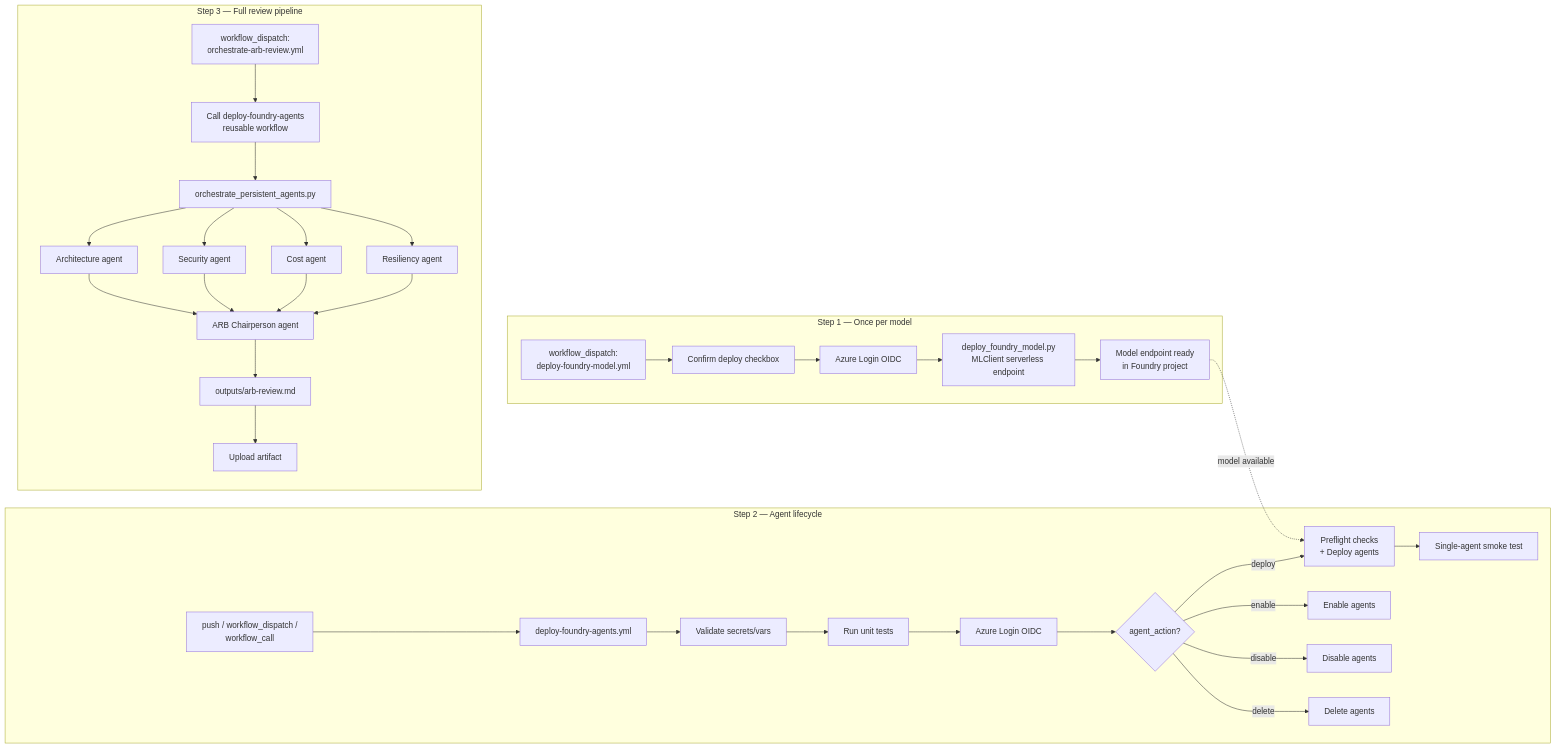
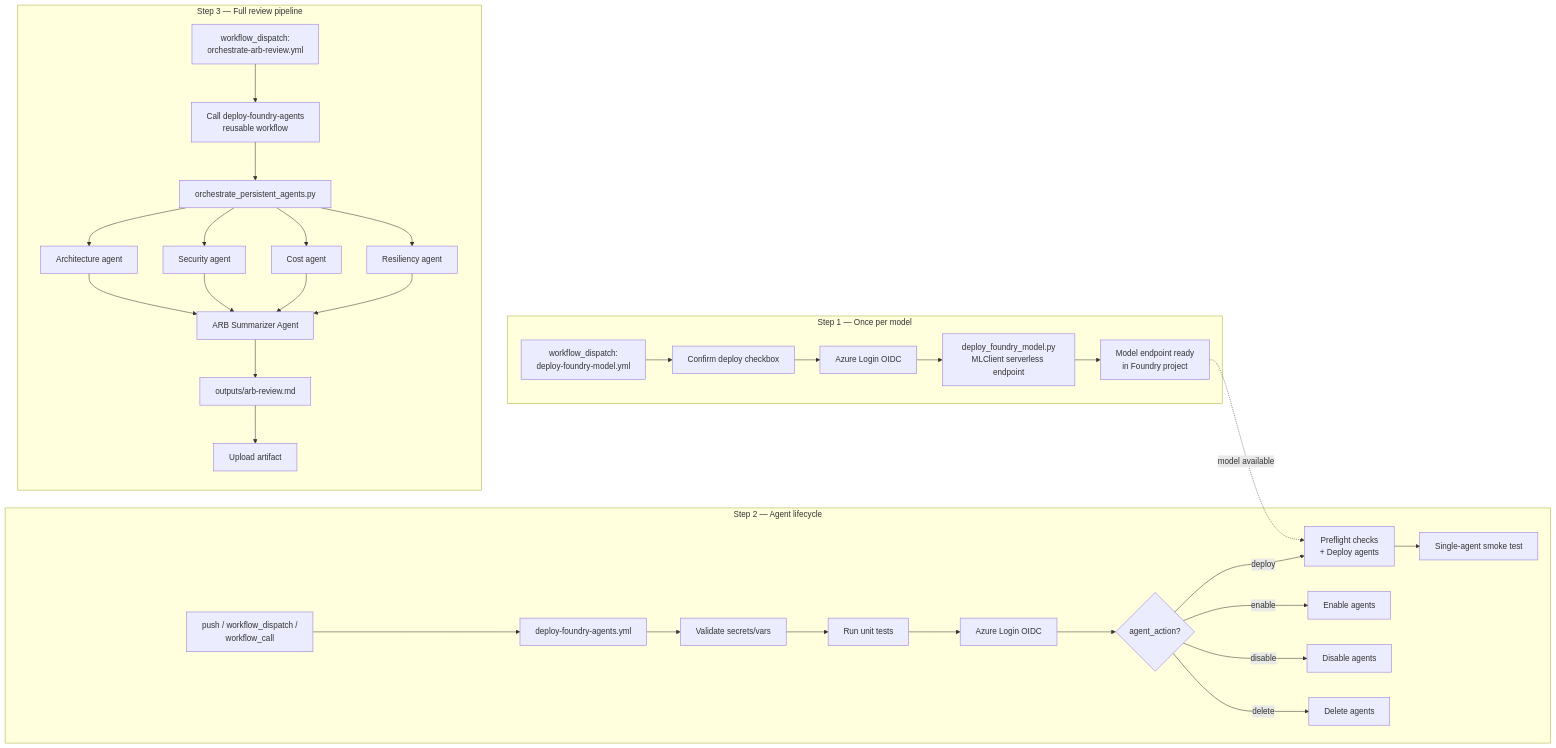
The second of 2 diagrams in README.md (pankaj-acharya/azure-ai-foundry-arb-assistant), drawn with Mermaid before and after one commit. The commit also changed other lines of this file and 4 other files, not shown here.

First line of the commit message:
rename: arb-chairperson-agent → arb-summarizer-agent

````diff
--- a/README.md
+++ b/README.md
@@ -209,39 +209,39 @@
 ```mermaid
 flowchart LR
     subgraph "Step 1 — Once per model"
         M[workflow_dispatch:\ndeploy-foundry-model.yml] --> M1[Confirm deploy checkbox]
         M1 --> M2[Azure Login OIDC]
         M2 --> M3[deploy_foundry_model.py\nMLClient serverless endpoint]
         M3 --> M4[Model endpoint ready\nin Foundry project]
     end
 
     subgraph "Step 2 — Agent lifecycle"
         A[push / workflow_dispatch /\nworkflow_call] --> B[deploy-foundry-agents.yml]
         B --> B1[Validate secrets/vars]
         B1 --> B2[Run unit tests]
         B2 --> B3[Azure Login OIDC]
         B3 --> B4{agent_action?}
         B4 -->|deploy| B5[Preflight checks\n+ Deploy agents]
         B4 -->|enable| B6[Enable agents]
         B4 -->|disable| B7[Disable agents]
         B4 -->|delete| B8[Delete agents]
         B5 --> B9[Single-agent smoke test]
     end
 
     subgraph "Step 3 — Full review pipeline"
         C[workflow_dispatch:\norchestrate-arb-review.yml] --> D[Call deploy-foundry-agents\nreusable workflow]
         D --> E[orchestrate_persistent_agents.py]
         E --> E1[Architecture agent]
         E --> E2[Security agent]
         E --> E3[Cost agent]
         E --> E4[Resiliency agent]
-        E1 --> F[ARB Chairperson agent]
+        E1 --> F[ARB Summarizer Agent]
         E2 --> F
         E3 --> F
         E4 --> F
         F --> G[outputs/arb-review.md]
         G --> H[Upload artifact]
     end
 
     M4 -.->|model available| B5
 ```
````
